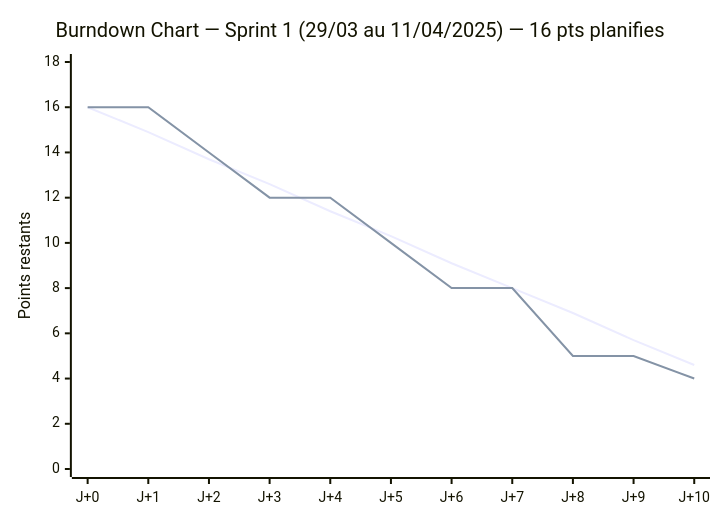
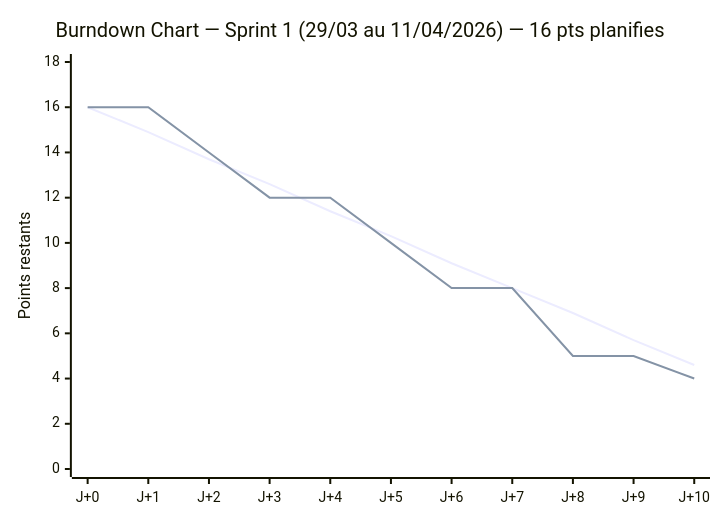
One commit to POWLAIR/management-projet-numerique changed diagram 11 of 12 in docs md/Dossier_Projet_B2B_FINAL.md. Above: the diagram before and after it, drawn with Mermaid. The commit also changed other lines of this file, not shown here.

Commit message:
docs: update project timeline, budget, and milestones to reflect revised 2026 delivery dates

````diff
--- a/docs md/Dossier_Projet_B2B_FINAL.md
+++ b/docs md/Dossier_Projet_B2B_FINAL.md
@@ -825,8 +825,8 @@
 ```mermaid
 xychart-beta
-    title "Burndown Chart — Sprint 1 (29/03 au 11/04/2025) — 16 pts planifies"
+    title "Burndown Chart — Sprint 1 (29/03 au 11/04/2026) — 16 pts planifies"
     x-axis ["J+0", "J+1", "J+2", "J+3", "J+4", "J+5", "J+6", "J+7", "J+8", "J+9", "J+10"]
     y-axis "Points restants" 0 --> 18
     line [16, 14.9, 13.7, 12.6, 11.4, 10.3, 9.1, 8.0, 6.9, 5.7, 4.6]
     line [16, 16, 14, 12, 12, 10, 8, 8, 5, 5, 4]
 ```
````
